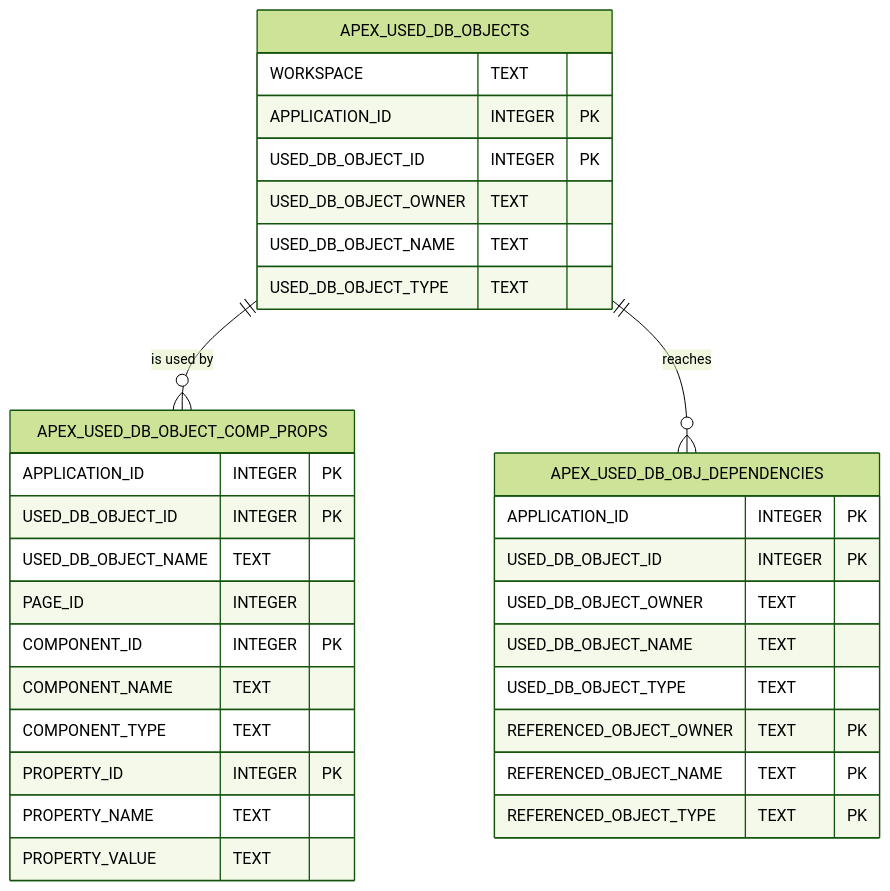
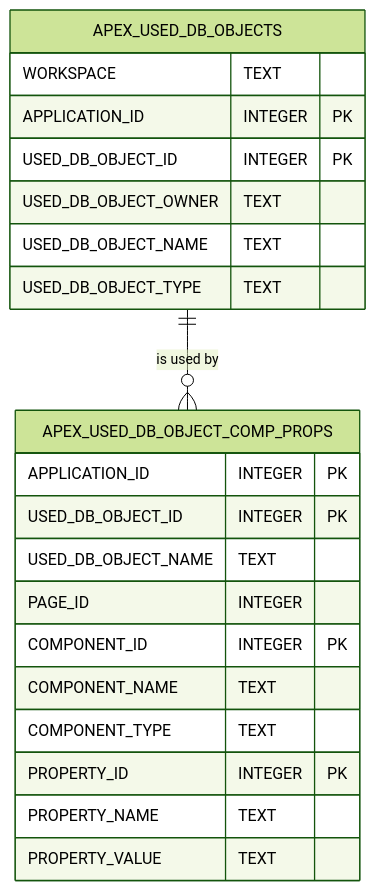
Before and after one commit to jkvetina/ADT.ai: the diagram in docs/storage_dependencies_apex.md, drawn with Mermaid (forest theme). The commit also changed other lines of this file and 80 other files, not shown here.

````diff
--- a/docs/storage_dependencies_apex.md
+++ b/docs/storage_dependencies_apex.md
@@ -9,35 +9,24 @@
 ```mermaid
 erDiagram
     APEX_USED_DB_OBJECTS {
         WORKSPACE TEXT
         APPLICATION_ID INTEGER PK
         USED_DB_OBJECT_ID INTEGER PK
         USED_DB_OBJECT_OWNER TEXT
         USED_DB_OBJECT_NAME TEXT
         USED_DB_OBJECT_TYPE TEXT
     }
     APEX_USED_DB_OBJECT_COMP_PROPS {
         APPLICATION_ID INTEGER PK
         USED_DB_OBJECT_ID INTEGER PK
         USED_DB_OBJECT_NAME TEXT
         PAGE_ID INTEGER
         COMPONENT_ID INTEGER PK
         COMPONENT_NAME TEXT
         COMPONENT_TYPE TEXT
         PROPERTY_ID INTEGER PK
         PROPERTY_NAME TEXT
         PROPERTY_VALUE TEXT
     }
-    APEX_USED_DB_OBJ_DEPENDENCIES {
-        APPLICATION_ID INTEGER PK
-        USED_DB_OBJECT_ID INTEGER PK
-        USED_DB_OBJECT_OWNER TEXT
-        USED_DB_OBJECT_NAME TEXT
-        USED_DB_OBJECT_TYPE TEXT
-        REFERENCED_OBJECT_OWNER TEXT PK
-        REFERENCED_OBJECT_NAME TEXT PK
-        REFERENCED_OBJECT_TYPE TEXT PK
-    }
     APEX_USED_DB_OBJECTS ||--o{ APEX_USED_DB_OBJECT_COMP_PROPS : "is used by"
-    APEX_USED_DB_OBJECTS ||--o{ APEX_USED_DB_OBJ_DEPENDENCIES : reaches
 ```
````
